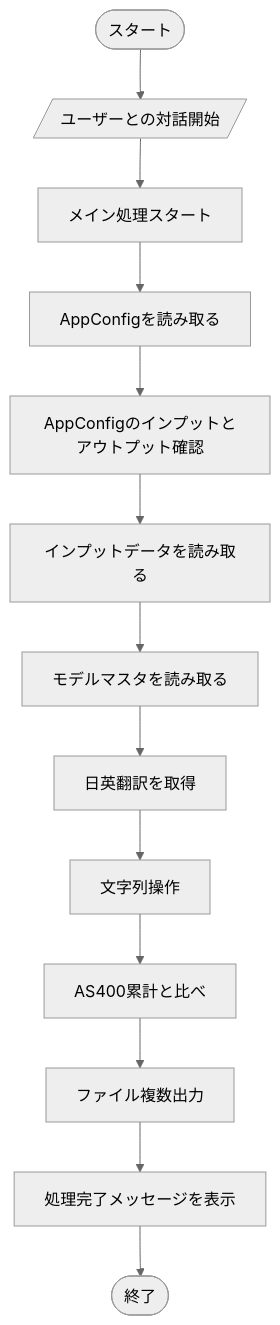
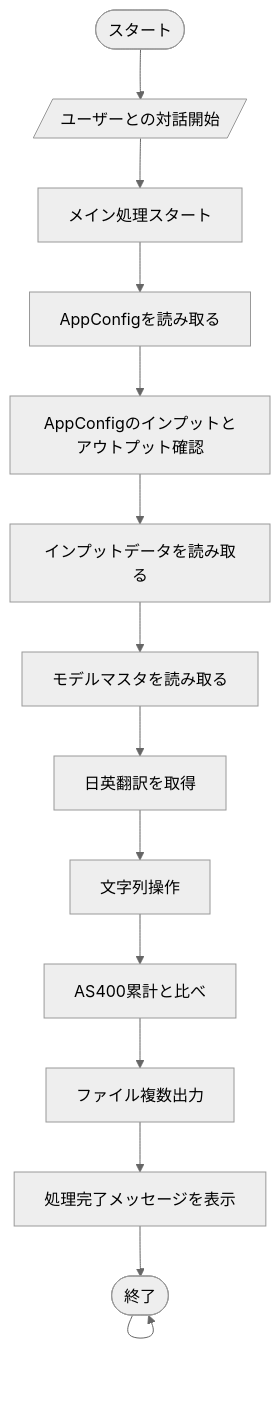
One commit to rhoenkelevra/pre_commit changed the diagram in flowcharts/conception.mmd. Above: the diagram before and after it, drawn with Mermaid (neutral theme). The commit also changed 1 other file, not shown here.

```diff
--- a/flowcharts/conception.mmd
+++ b/flowcharts/conception.mmd
@@ -1,28 +1,29 @@
 flowchart TB
     start(["スタート"])
     UserInteraction[/"ユーザーとの対話開始"/]
     StartMainProcess["メイン処理スタート"]
     LoadAppConfig["AppConfigを読み取る"]
     CheckInputs/OutputsFromConfig["AppConfigのインプットとアウトプット確認"]
     LoadInputFiles["インプットデータを読み取る"]
     LoadMasterFile["モデルマスタを読み取る"]
     GetTranslations["日英翻訳を取得"]
     Check/ChangeStrings["文字列操作"]
     CompareWithPrevious["AS400累計と比べ"]
     OutputFiles["ファイル複数出力"]
     OutputFinalMessage["処理完了メッセージを表示"]
     End(["終了"])
 
     start
     --> UserInteraction
     --> StartMainProcess
     --> LoadAppConfig
     --> CheckInputs/OutputsFromConfig
     --> LoadInputFiles
     --> LoadMasterFile
     --> GetTranslations
     --> Check/ChangeStrings
     --> CompareWithPrevious
     --> OutputFiles
     --> OutputFinalMessage
     --> End
+    --> End
```
